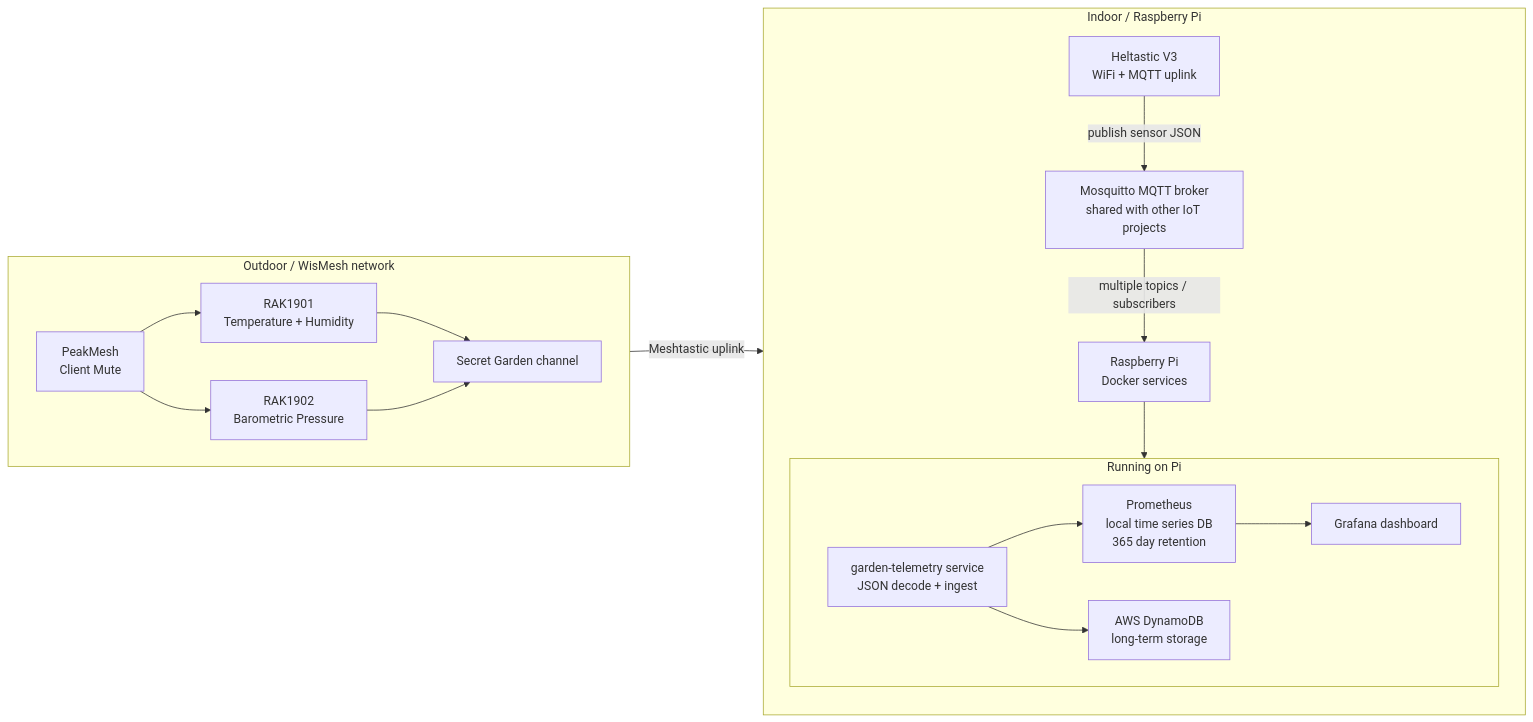
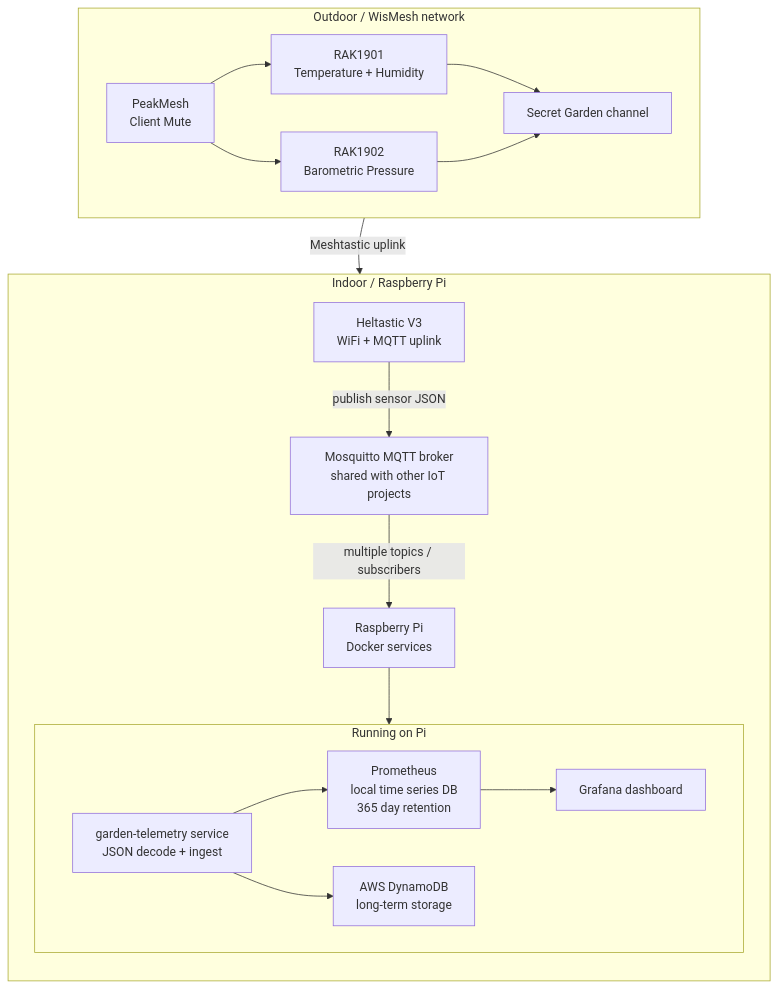
One commit to teisha/wismesh-mqtt-sensors changed the diagram in README.md. Above: the diagram before and after it, drawn with Mermaid.

Commit message:
just make it vertical

````diff
--- a/README.md
+++ b/README.md
@@ -94,46 +94,46 @@
 ```mermaid
-flowchart LR
+flowchart TB
     subgraph Outdoor["Outdoor / WisMesh network"]
         direction LR
         PM["PeakMesh\nClient Mute"]
         S1["RAK1901\nTemperature + Humidity"]
         S2["RAK1902\nBarometric Pressure"]
         CH["Secret Garden channel"]
 
         PM --> S1
         PM --> S2
         S1 --> CH
         S2 --> CH
     end
 
     subgraph Indoor["Indoor / Raspberry Pi"]
         direction TB 
         HV["Heltastic V3\nWiFi + MQTT uplink"]
         MQTT["Mosquitto MQTT broker\nshared with other IoT projects"]
         PI["Raspberry Pi\nDocker services"]
-        
+
         subgraph PiServices["Running on Pi"]
             direction LR
             PROC["garden-telemetry service\nJSON decode + ingest"]
             PROM["Prometheus\nlocal time series DB\n365 day retention"]
             AWS["AWS DynamoDB\nlong-term storage"]
             GRAF["Grafana dashboard"]
 
             PROC --> PROM
             PROC --> AWS
             PROM --> GRAF
         end
 
         HV -->|publish sensor JSON| MQTT
         MQTT -->|multiple topics / subscribers| PI
         PI --> PROC
 
     end
 
 
     %% Visible connection
     CH -->|Meshtastic uplink| HV
 
     %% Invisible link forcing Outdoor to sit vertically directly above Indoor
     CH ~~~ HV
 ```
````
